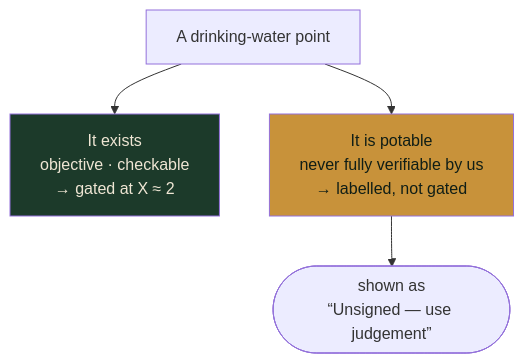
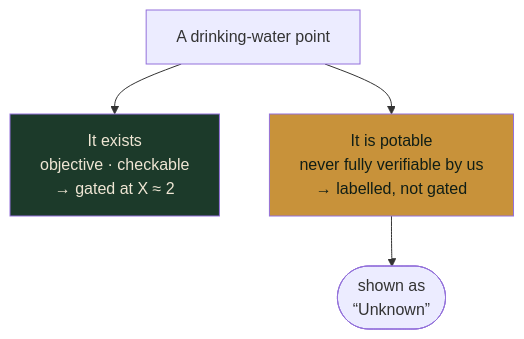
One commit to cycling-commons/cycling-commons changed the fifth of 8 diagrams in wiki/data-priority.md. Above: the diagram before and after it, drawn with Mermaid. The commit also changed other lines of this file and 16 other files, not shown here.

````diff
--- a/wiki/data-priority.md
+++ b/wiki/data-priority.md
@@ -344,9 +344,9 @@
 ```mermaid
 flowchart TD
     ITEM["A drinking-water point"]
     ITEM --> F1["It exists<br/>objective · checkable<br/>→ gated at X ≈ 2"]
     ITEM --> F2["It is potable<br/>never fully verifiable by us<br/>→ labelled, not gated"]
-    F2 --> LAB(["shown as<br/>“Unsigned — use judgement”"])
+    F2 --> LAB(["shown as<br/>“Unknown”"])
     style F1 fill:#1C3A2A,color:#EFE6D4
     style F2 fill:#C8923A,color:#101E16
 ```
````
